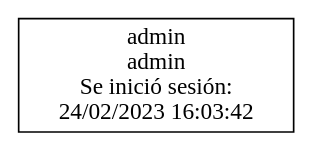
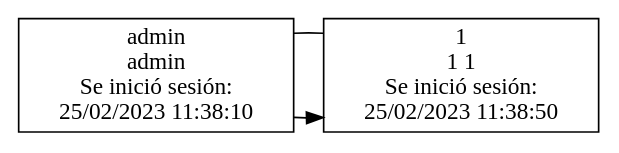
One commit to Barahona1602/Sistema-de-Archivos changed the diagram in EDD_Proyecto1_Fase1/Inicios de sesión/estudiantes.dot. Above: the diagram before and after it, drawn with Graphviz. The commit also changed 4 other files, not shown here.

```diff
--- a/EDD_Proyecto1_Fase1/Inicios de sesión/estudiantes.dot
+++ b/EDD_Proyecto1_Fase1/Inicios de sesión/estudiantes.dot
@@ -1,12 +1,18 @@
 digraph {
 node [shape=box]
 {rank=same "admin
 admin 
 Se inició sesión:
-24/02/2023 16:03:42"}
+25/02/2023 11:38:10" -> "1
+1 1
+Se inició sesión:
+25/02/2023 11:38:50"}
 edge [dir=none]
 {rank=same "admin
 admin 
 Se inició sesión:
-24/02/2023 16:03:42"}
+25/02/2023 11:38:10" -> "1
+1 1
+Se inició sesión:
+25/02/2023 11:38:50"}
 }
```
